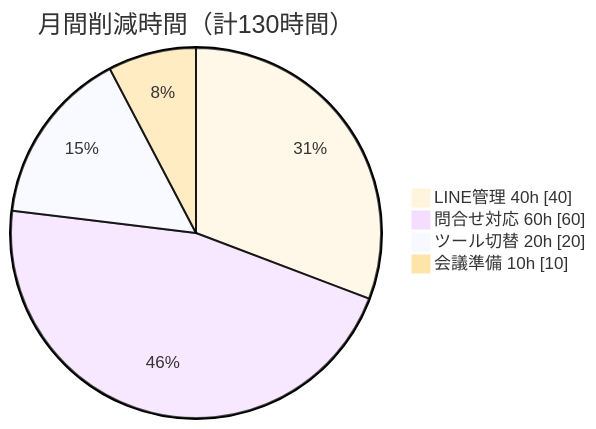
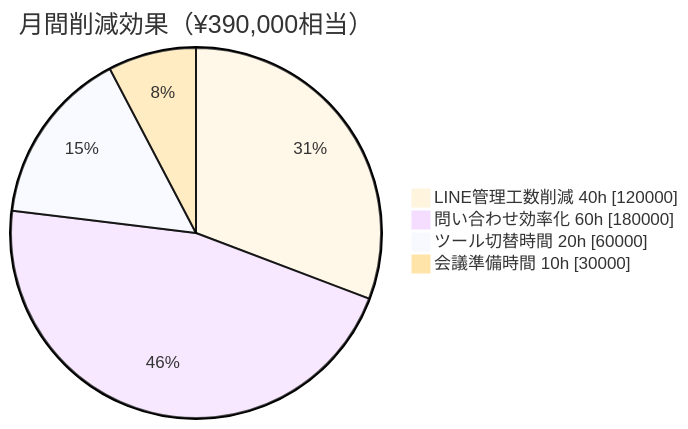
Before and after one commit to PLark-droid/lark-proposal: diagram 14 of 20 in docs/FITPLACE_LARK_PROPOSAL.md, drawn with Mermaid. The commit also changed other lines of this file, not shown here.

First line of the commit message:
docs: V1コンテンツベースにインフォグラフィック品質のMermaid図を適用

````diff
--- a/docs/FITPLACE_LARK_PROPOSAL.md
+++ b/docs/FITPLACE_LARK_PROPOSAL.md
@@ -383,9 +572,9 @@
 ```mermaid
-%%{init: {'theme': 'base', 'themeVariables': {'fontSize': '14px'}}}%%
+%%{init: {'theme': 'base'}}%%
 pie showData
-    title 月間削減時間（計130時間）
-    "LINE管理 40h" : 40
-    "問合せ対応 60h" : 60
-    "ツール切替 20h" : 20
-    "会議準備 10h" : 10
+    title 月間削減効果（¥390,000相当）
+    "LINE管理工数削減 40h" : 120000
+    "問い合わせ効率化 60h" : 180000
+    "ツール切替時間 20h" : 60000
+    "会議準備時間 10h" : 30000
 ```
````
